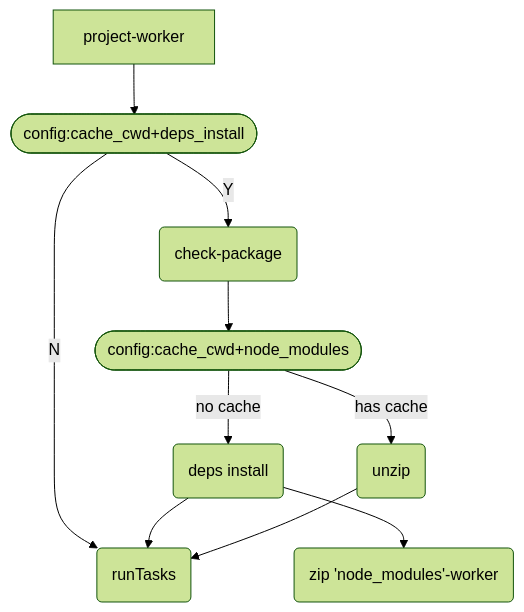
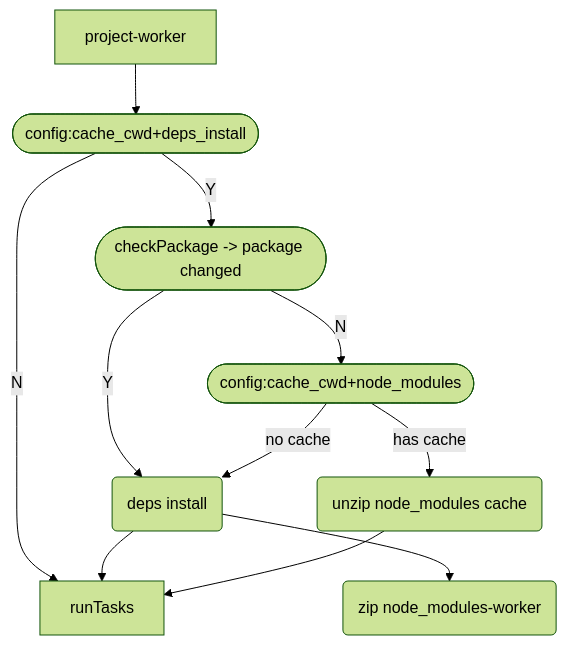
The second of 2 diagrams in README.md (zr-lib/taskk), drawn with Mermaid (forest theme) before and after one commit. The commit also changed other lines of this file and 1 other file, not shown here.

````diff
--- a/README.md
+++ b/README.md
@@ -16,14 +16,16 @@
 ```mermaid
 graph
-A[project-worker] --> B1([config:cache_cwd+deps_install]) --N--> C2
+A[project-worker] --> B1([config:cache_cwd+deps_install]) --N--> runTasks
 
-B1 --Y--> C1(check-package)
+B1 --Y--> checkPackage([checkPackage -> package changed]) --Y--> depsInstall
 
-C1 --> D1([config:cache_cwd+node_modules]) --no cache--> F1(deps install) --> G1 & C2
+checkPackage --N--> B2([config:cache_cwd+node_modules]) --no cache--> depsInstall
 
-D1 --has cache--> E1(unzip) --> C2
+depsInstall --> zip-node_modules & runTasks
+B2 --has cache--> unzip(unzip node_modules cache) --> runTasks
 
-G1(zip 'node_modules'-worker)
+depsInstall(deps install)
+zip-node_modules(zip node_modules-worker)
 
-C2(runTasks)
+runTasks[runTasks]
 ```
````
